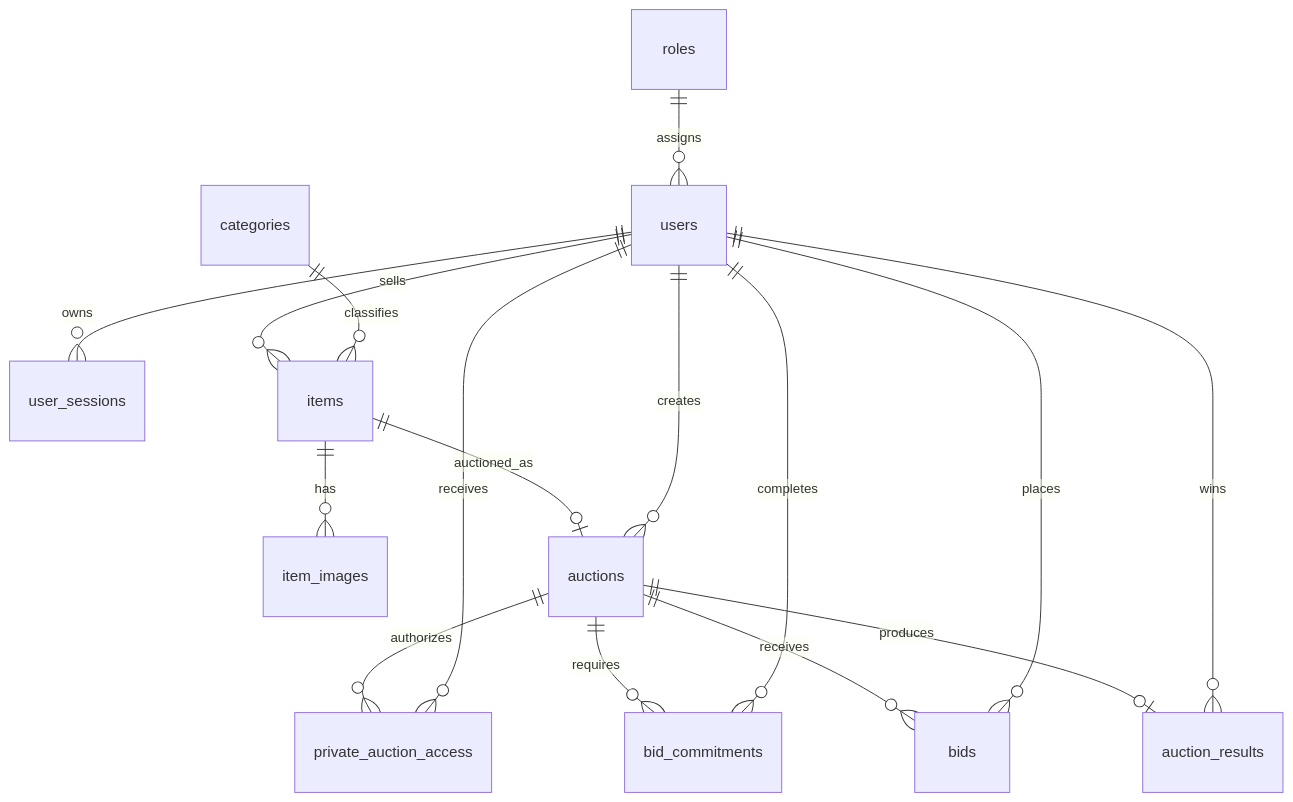
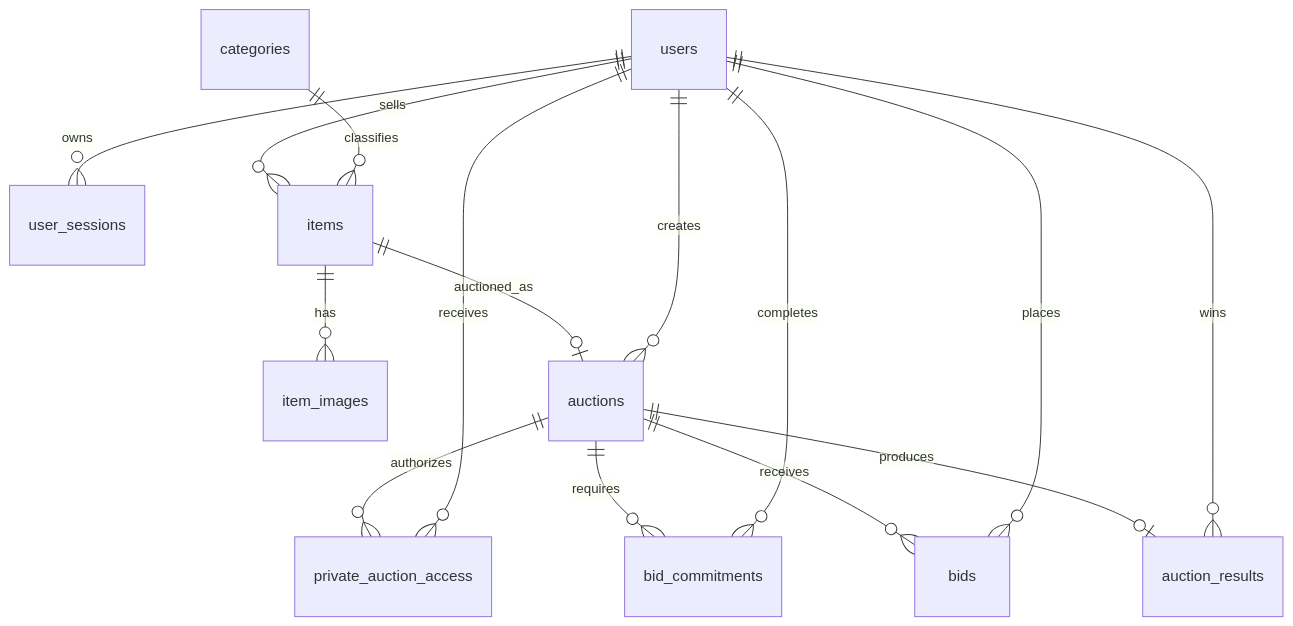
Before and after one commit to Abeerr0/mezyad: the third of 8 diagrams in Stage_3/Report.MD, drawn with Mermaid. The commit also changed other lines of this file, not shown here.

````diff
--- a/Stage_3/Report.MD
+++ b/Stage_3/Report.MD
@@ -236,18 +171,17 @@
 ```mermaid
 erDiagram
-  roles ||--o{ users : assigns
   users ||--o{ user_sessions : owns
   users ||--o{ items : sells
   categories ||--o{ items : classifies
   items ||--o{ item_images : has
   items ||--o| auctions : auctioned_as
   users ||--o{ auctions : creates
   auctions ||--o{ private_auction_access : authorizes
   users ||--o{ private_auction_access : receives
   auctions ||--o{ bid_commitments : requires
   users ||--o{ bid_commitments : completes
   auctions ||--o{ bids : receives
   users ||--o{ bids : places
   auctions ||--o| auction_results : produces
   users ||--o{ auction_results : wins
 ```
````
